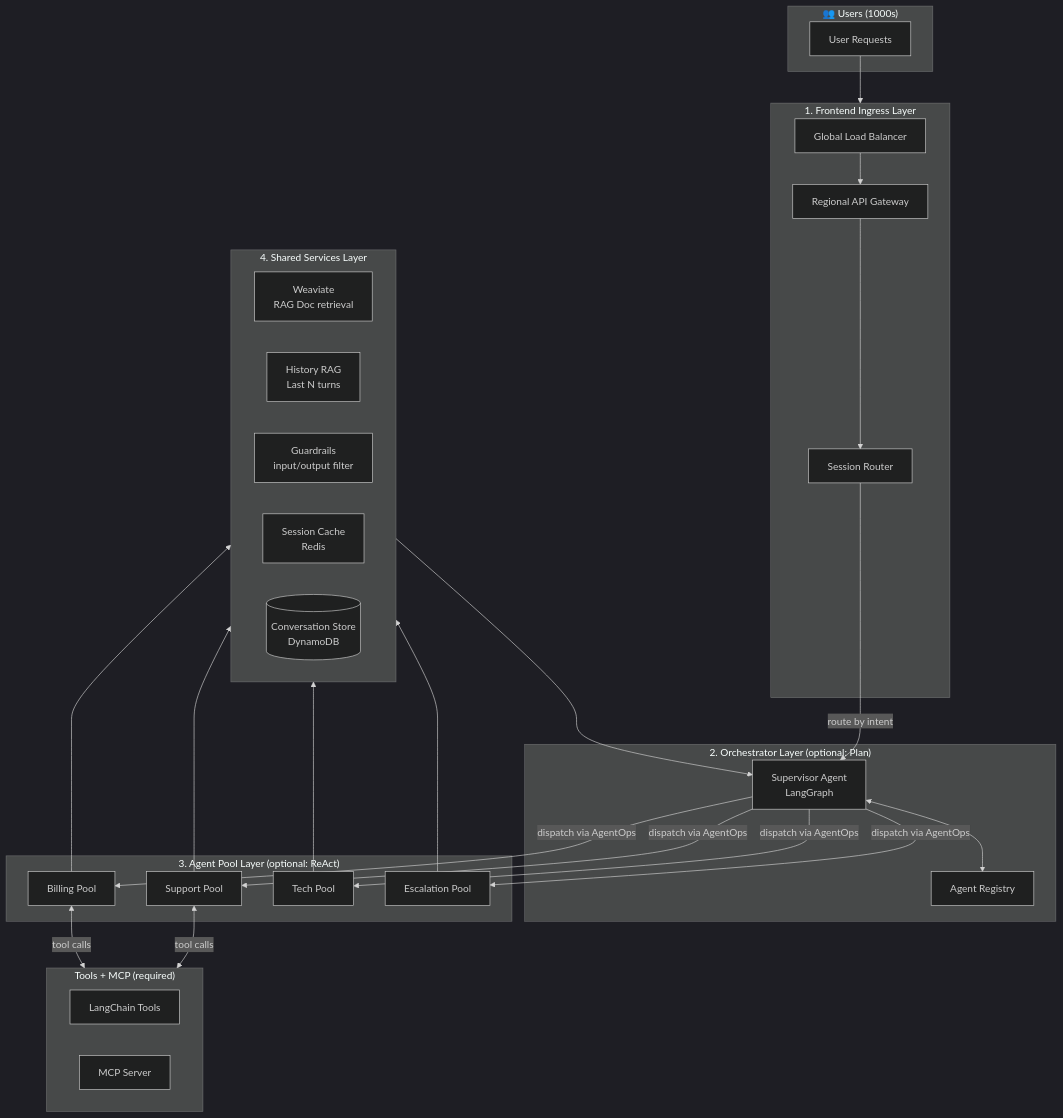
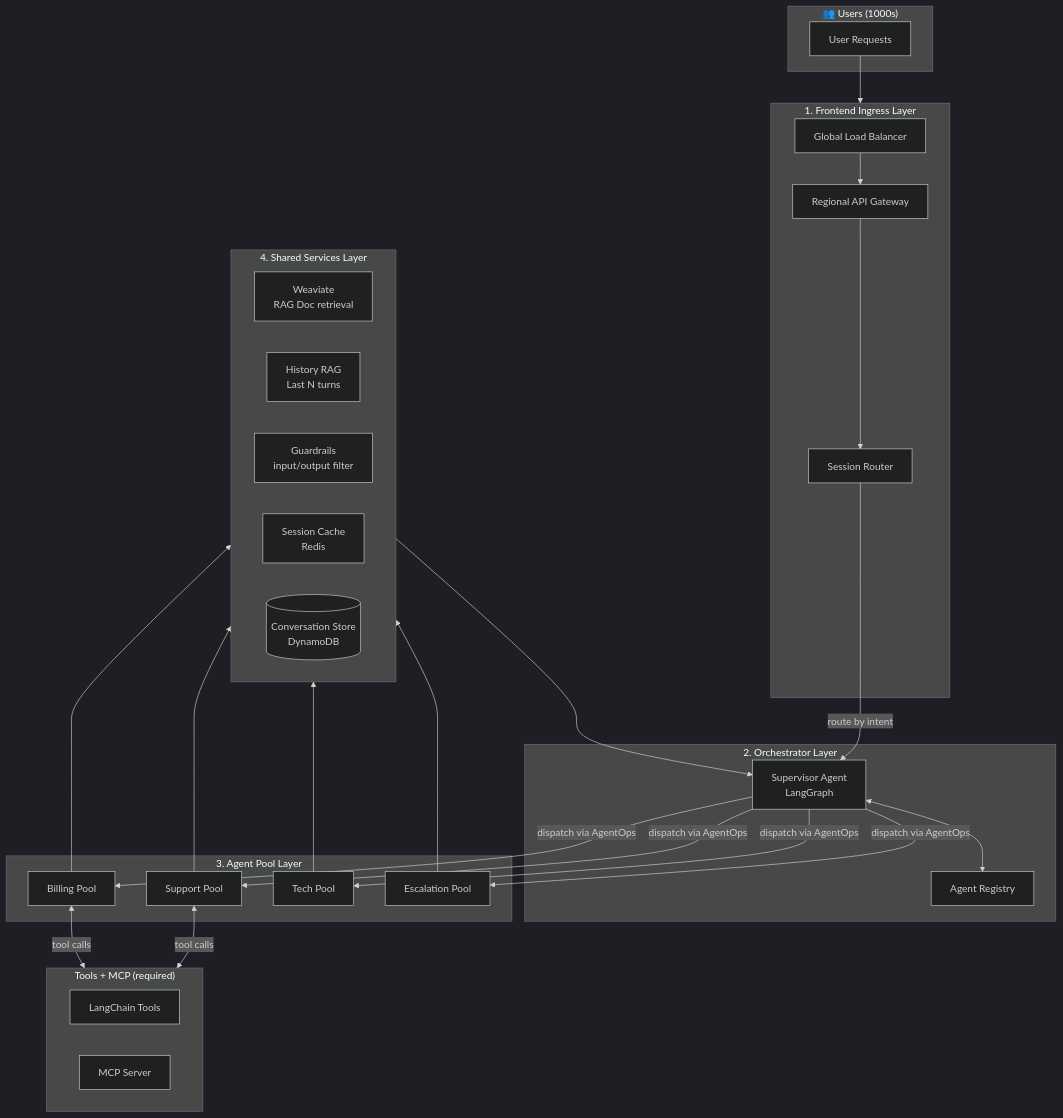
The fourth of 16 diagrams in Documentation/ARCHITECTURE_DESIGN.md (deepyad/Agentic_Production_Env), drawn with Mermaid (dark theme) before and after one commit. The commit also changed other lines of this file and 5 other files, not shown here.

Commit message:
Added Plan(For Superviser) and ReAct(For Agents) Functionality

````diff
--- a/Documentation/ARCHITECTURE_DESIGN.md
+++ b/Documentation/ARCHITECTURE_DESIGN.md
@@ -128,53 +128,53 @@
 ```mermaid
 flowchart TB
     subgraph Users["👥 Users (1000s)"]
         U[User Requests]
     end
 
     subgraph Ingress["1. Frontend Ingress Layer"]
         GLB[Global Load Balancer]
         GW[Regional API Gateway]
         RTR[Session Router]
         GLB --> GW --> RTR
     end
 
-    subgraph Orchestrator["2. Orchestrator Layer (optional: Plan)"]
+    subgraph Orchestrator["2. Orchestrator Layer"]
         SUP[Supervisor Agent<br/>LangGraph]
         REG[Agent Registry]
         SUP <--> REG
     end
 
-    subgraph Pools["3. Agent Pool Layer (optional: ReAct)"]
+    subgraph Pools["3. Agent Pool Layer"]
         SP[Support Pool]
         BP[Billing Pool]
         TP[Tech Pool]
         EP[Escalation Pool]
     end
 
     subgraph ToolsMCP["Tools + MCP (required)"]
         TOOLS[LangChain Tools]
         MCP[MCP Server]
     end
 
     subgraph Shared["4. Shared Services Layer"]
         DOCRAG[Weaviate<br/>RAG Doc retrieval]
         HISTRAG[History RAG<br/>Last N turns]
         GUARD[Guardrails<br/>input/output filter]
         REDIS[Session Cache<br/>Redis]
         DB[(Conversation Store<br/>DynamoDB)]
     end
 
     U --> Ingress
     RTR -->|route by intent| SUP
     SUP -->|dispatch via AgentOps| SP
     SUP -->|dispatch via AgentOps| BP
     SUP -->|dispatch via AgentOps| TP
     SUP -->|dispatch via AgentOps| EP
     SP --> Shared
     BP --> Shared
     TP --> Shared
     EP --> Shared
     Shared --> SUP
     SP <-->|tool calls| ToolsMCP
     BP <-->|tool calls| ToolsMCP
 ```
````
